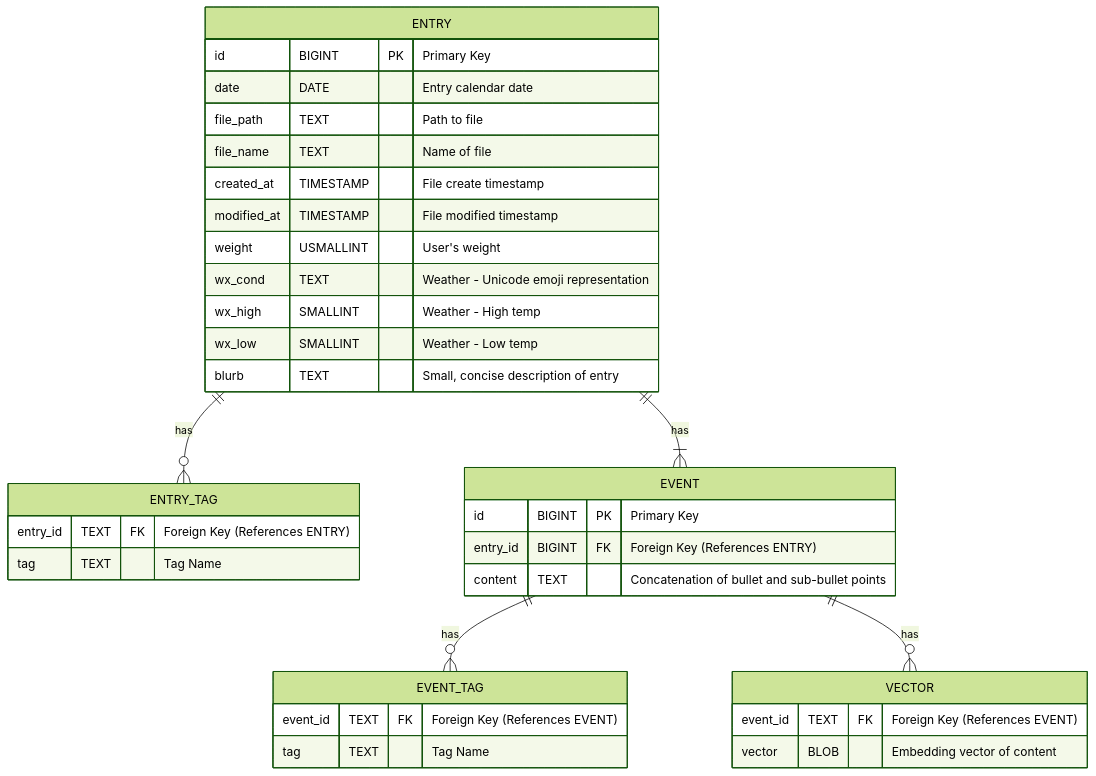
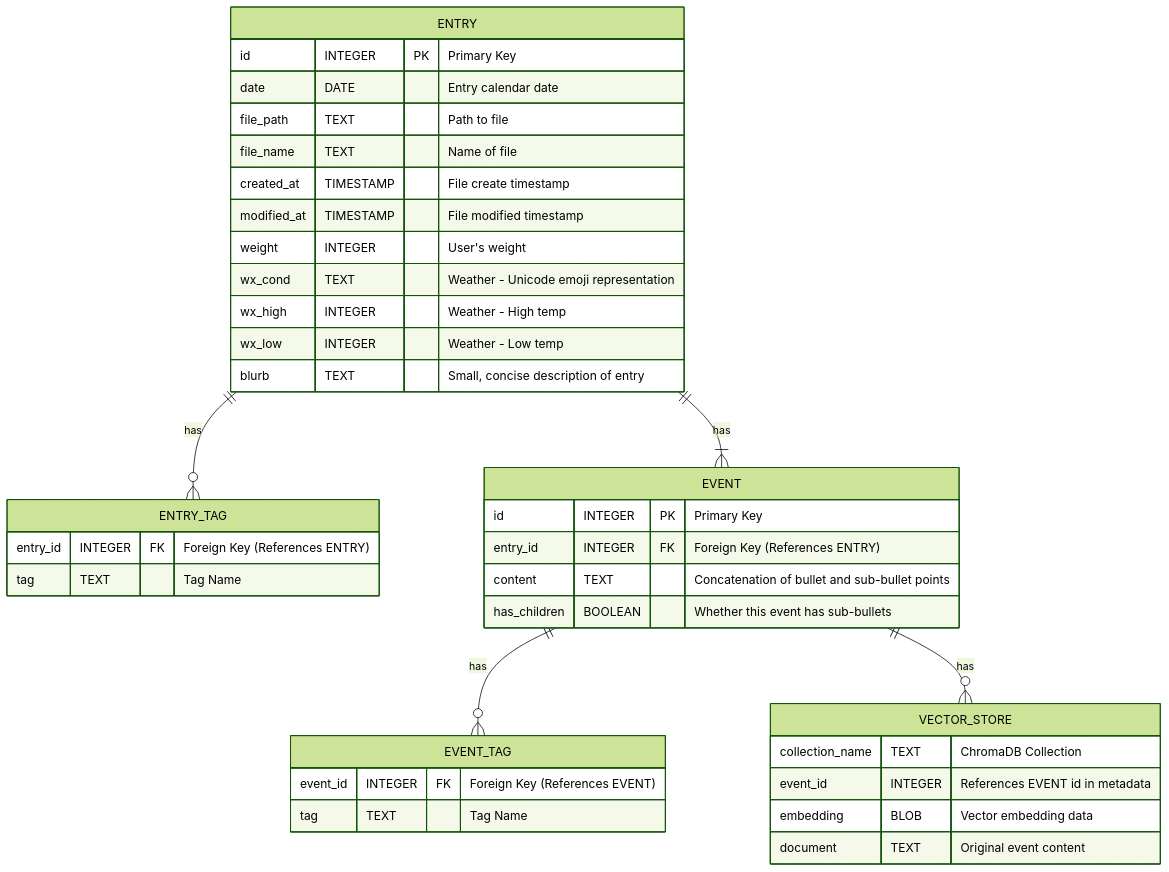
One commit to jeepinbird/second-brain changed the second of 2 diagrams in docs/project_requirements_document.md. Above: the diagram before and after it, drawn with Mermaid (forest theme). The commit also changed other lines of this file, not shown here.

Commit message:
Switched to Python, FastAPI, SQLite, and ChromaDB

````diff
--- a/docs/project_requirements_document.md
+++ b/docs/project_requirements_document.md
@@ -240,37 +247,40 @@
 ```mermaid
 erDiagram
     ENTRY {
-        id BIGINT PK "Primary Key"
+        id INTEGER PK "Primary Key"
         date DATE "Entry calendar date"
         file_path TEXT "Path to file"
         file_name TEXT "Name of file"
         created_at TIMESTAMP "File create timestamp"
         modified_at TIMESTAMP "File modified timestamp"
-        weight USMALLINT "User's weight"
+        weight INTEGER "User's weight"
         wx_cond TEXT "Weather - Unicode emoji representation"
-        wx_high SMALLINT "Weather - High temp"
-        wx_low SMALLINT "Weather - Low temp"
+        wx_high INTEGER "Weather - High temp"
+        wx_low INTEGER "Weather - Low temp"
         blurb TEXT "Small, concise description of entry"
     }
     ENTRY_TAG {
-        entry_id TEXT FK "Foreign Key (References ENTRY)"
+        entry_id INTEGER FK "Foreign Key (References ENTRY)"
         tag TEXT "Tag Name"
     }
     EVENT {
-        id BIGINT PK "Primary Key"
-        entry_id BIGINT FK "Foreign Key (References ENTRY)"
+        id INTEGER PK "Primary Key"
+        entry_id INTEGER FK "Foreign Key (References ENTRY)"
         content TEXT "Concatenation of bullet and sub-bullet points"
+        has_children BOOLEAN "Whether this event has sub-bullets"
     }
     EVENT_TAG {
-        event_id TEXT FK "Foreign Key (References EVENT)"
+        event_id INTEGER FK "Foreign Key (References EVENT)"
         tag TEXT "Tag Name"
     }
-    VECTOR {
-        event_id TEXT FK "Foreign Key (References EVENT)"
-        vector BLOB "Embedding vector of content"
+    VECTOR_STORE {
+        collection_name TEXT "ChromaDB Collection"
+        event_id INTEGER "References EVENT id in metadata"
+        embedding BLOB "Vector embedding data"
+        document TEXT "Original event content"
     }
     ENTRY ||--o{ ENTRY_TAG : "has"
     ENTRY ||--|{ EVENT : "has"
     EVENT ||--o{ EVENT_TAG : "has"
-    EVENT ||--o{ VECTOR : "has"
+    EVENT ||--o{ VECTOR_STORE : "has"
 ```
````
